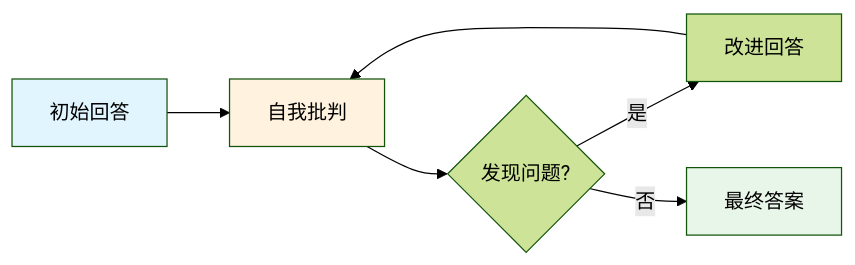
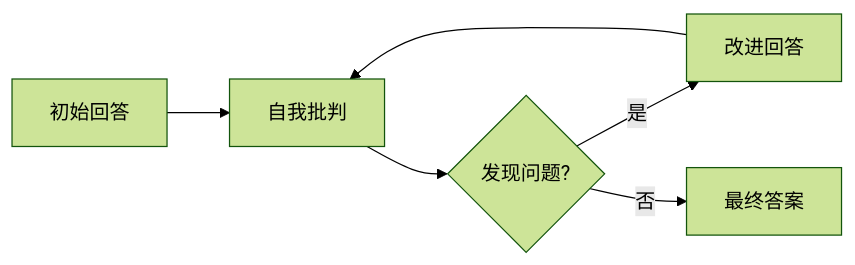
One commit to yuexiaoliang/prompt-engineering-learning changed the fifth of 8 diagrams in 03-reasoning-zh.md. Above: the diagram before and after it, drawn with Mermaid (forest theme). The commit also changed other lines of this file, not shown here.

Commit message:
fix: remove hardcoded fill colors from Mermaid charts for light/dark theme auto-adaptation

````diff
--- a/03-reasoning-zh.md
+++ b/03-reasoning-zh.md
@@ -488,12 +475,9 @@
 ```mermaid
 flowchart LR
     A[初始回答] --> B[自我批判]
     B --> C{发现问题?}
     C -->|是| D[改进回答]
     D --> B
     C -->|否| E[最终答案]
 
-    style A fill:#e1f5fe
-    style B fill:#fff3e0
-    style E fill:#e8f5e9
 ```
````
